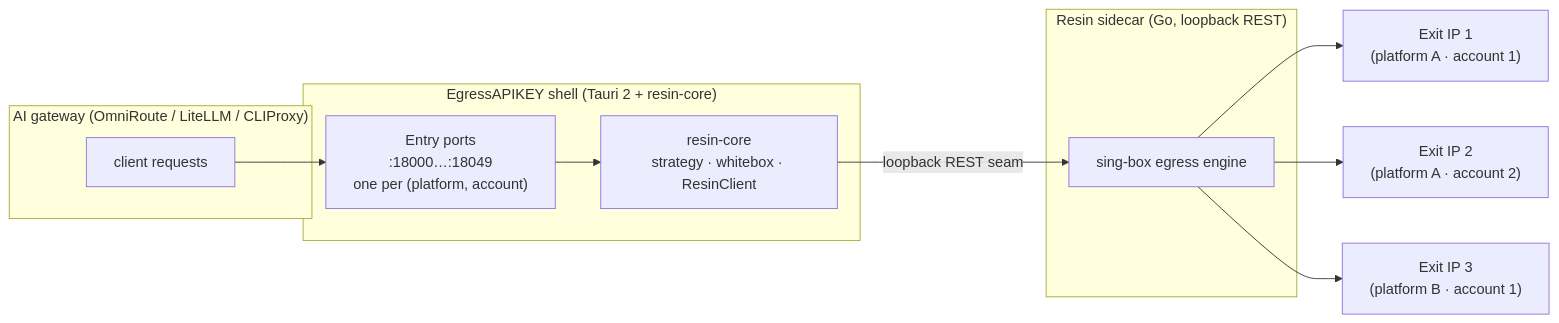
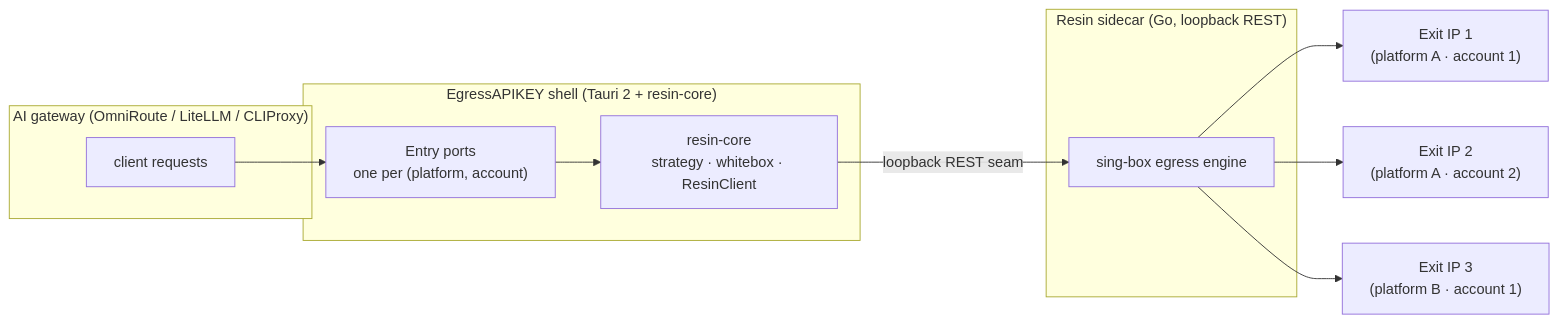
One commit to Xxx91n/EgressAPIKEY changed the diagram in README.md. Above: the diagram before and after it, drawn with Mermaid. The commit also changed other lines of this file and 10 other files, not shown here.

````diff
--- a/README.md
+++ b/README.md
@@ -41,22 +39,22 @@
 ```mermaid
 graph LR
   subgraph GW["AI gateway (OmniRoute / LiteLLM / CLIProxy)"]
     G["client requests"]
   end
   subgraph SHELL["EgressAPIKEY shell (Tauri 2 + resin-core)"]
-    EP["Entry ports<br/>:18000…:18049<br/>one per (platform, account)"]
+    EP["Entry ports<br/>one per (platform, account)"]
     RC["resin-core<br/>strategy · whitebox · ResinClient"]
   end
   subgraph SIDECAR["Resin sidecar (Go, loopback REST)"]
     SG["sing-box egress engine"]
   end
   N1["Exit IP 1<br/>(platform A · account 1)"]
   N2["Exit IP 2<br/>(platform A · account 2)"]
   N3["Exit IP 3<br/>(platform B · account 1)"]
   G --> EP
   EP --> RC
   RC -- "loopback REST seam" --> SG
   SG --> N1
   SG --> N2
   SG --> N3
 ```
````
